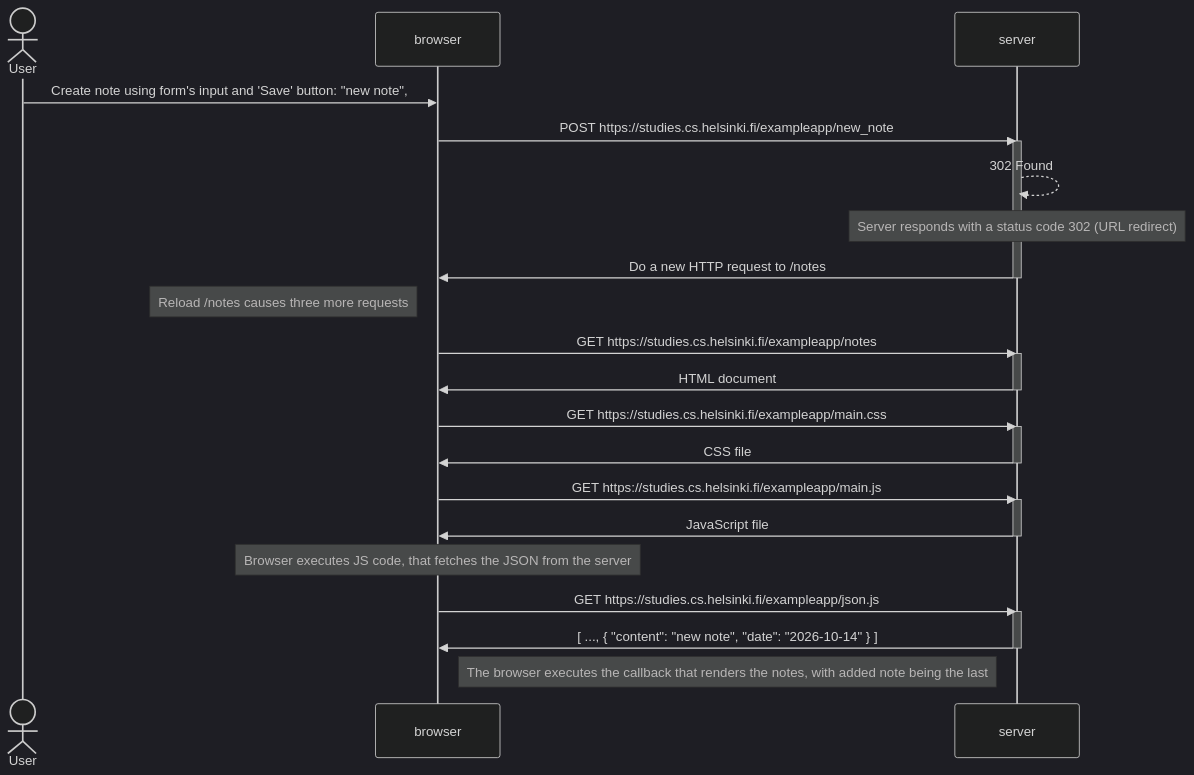
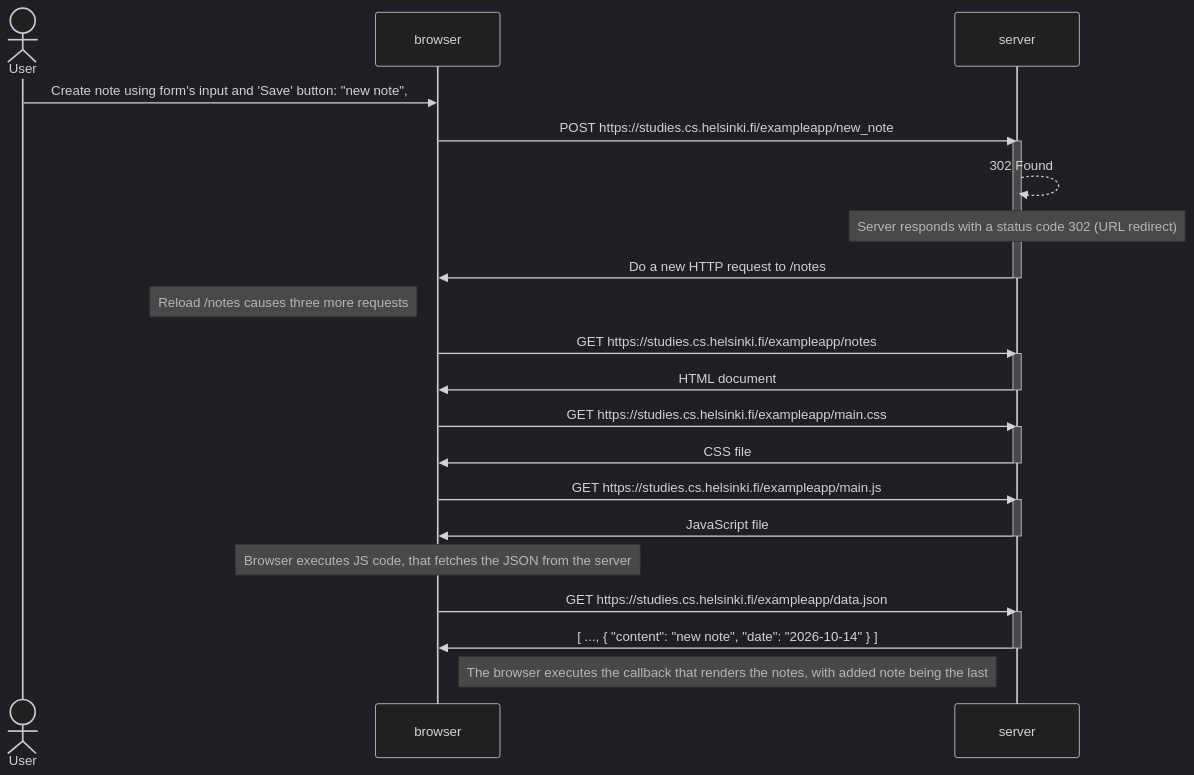
One commit to Anna-Gladush/fullstackopen changed the diagram in part0/04_new_note_diagram.md. Above: the diagram before and after it, drawn with Mermaid (dark theme). The commit also changed 2 other files, not shown here.

Commit message:
fix: final touches before submitting

````diff
--- a/part0/04_new_note_diagram.md
+++ b/part0/04_new_note_diagram.md
@@ -1,38 +1,38 @@
 ```mermaid
 sequenceDiagram
     actor User
     participant browser
     participant server
 
     User->>browser: Create note using form's input and 'Save' button: "new note",
     browser->>server: POST https://studies.cs.helsinki.fi/exampleapp/new_note
     activate server
     server-->>server: 302 Found
     Note over server: Server responds with a status code 302 (URL redirect)
     server->>browser: Do a new HTTP request to /notes
     deactivate server
 
     Note left of browser: Reload /notes causes three more requests
     browser->>server: GET https://studies.cs.helsinki.fi/exampleapp/notes
     activate server
     server->>browser: HTML document
     deactivate server
 
     browser->>server: GET https://studies.cs.helsinki.fi/exampleapp/main.css
     activate server
     server->>browser: CSS file
     deactivate server
 
     browser->>server: GET https://studies.cs.helsinki.fi/exampleapp/main.js
     activate server
     server->>browser: JavaScript file
     deactivate server
       Note over browser: Browser executes JS code, that fetches the JSON from the server
 
-    browser->>server: GET https://studies.cs.helsinki.fi/exampleapp/json.js
+    browser->>server: GET https://studies.cs.helsinki.fi/exampleapp/data.json
     activate server
     server->>browser: [ ..., { "content": "new note", "date": "2026-10-14" } ]
     deactivate server
 
     Note right of browser: The browser executes the callback that renders the notes, with added note being the last
 ```
````
